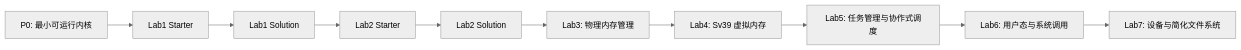
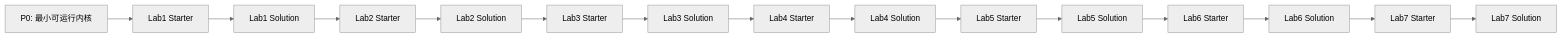
Before and after one commit to yicanzhang776-tech/os: the diagram in docs/labs/README.md, drawn with Mermaid (neutral theme). The commit also changed other lines of this file and 7 other files, not shown here.

Commit message:
lab7: complete memory file system exercise solution

````diff
--- a/docs/labs/README.md
+++ b/docs/labs/README.md
@@ -31,12 +26,17 @@
 ```mermaid
 flowchart LR
     P0["P0: 最小可运行内核"] --> L1S["Lab1 Starter"]
     L1S --> L1A["Lab1 Solution"]
     L1A --> L2S["Lab2 Starter"]
     L2S --> L2A["Lab2 Solution"]
-    L2A --> L3["Lab3: 物理内存管理"]
-    L3 --> L4["Lab4: Sv39 虚拟内存"]
-    L4 --> L5["Lab5: 任务管理与协作式调度"]
-    L5 --> L6["Lab6: 用户态与系统调用"]
-    L6 --> L7["Lab7: 设备与简化文件系统"]
+    L2A --> L3S["Lab3 Starter"]
+    L3S --> L3A["Lab3 Solution"]
+    L3A --> L4S["Lab4 Starter"]
+    L4S --> L4A["Lab4 Solution"]
+    L4A --> L5S["Lab5 Starter"]
+    L5S --> L5A["Lab5 Solution"]
+    L5A --> L6S["Lab6 Starter"]
+    L6S --> L6A["Lab6 Solution"]
+    L6A --> L7S["Lab7 Starter"]
+    L7S --> L7A["Lab7 Solution"]
 ```
````
